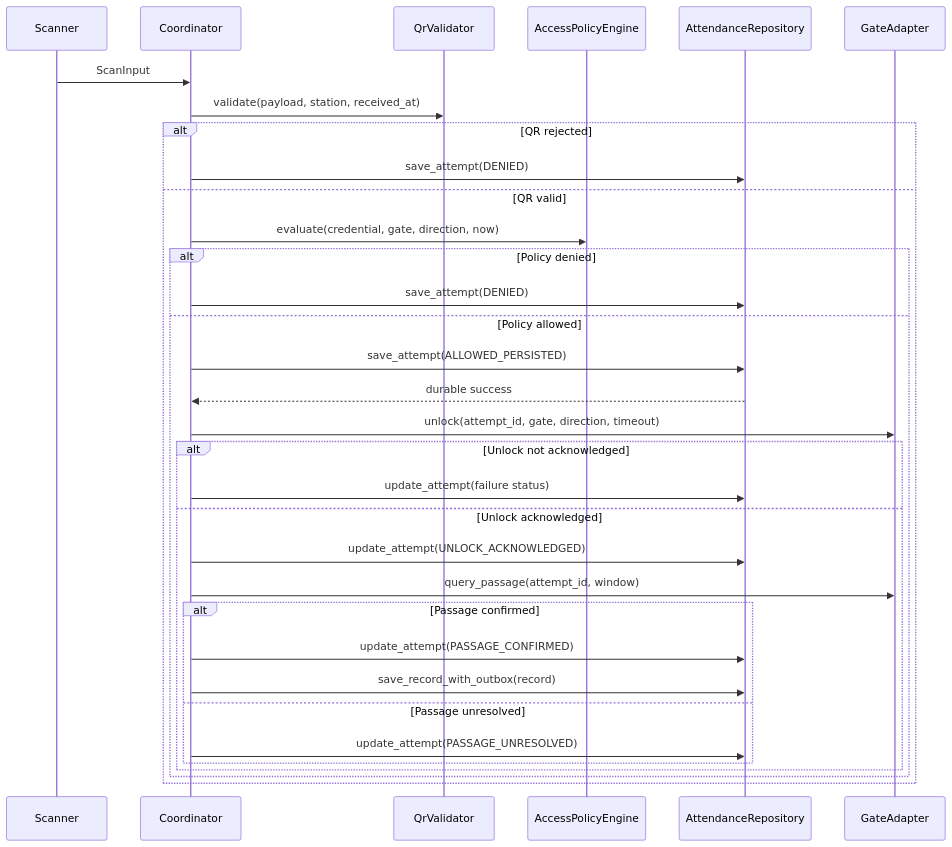
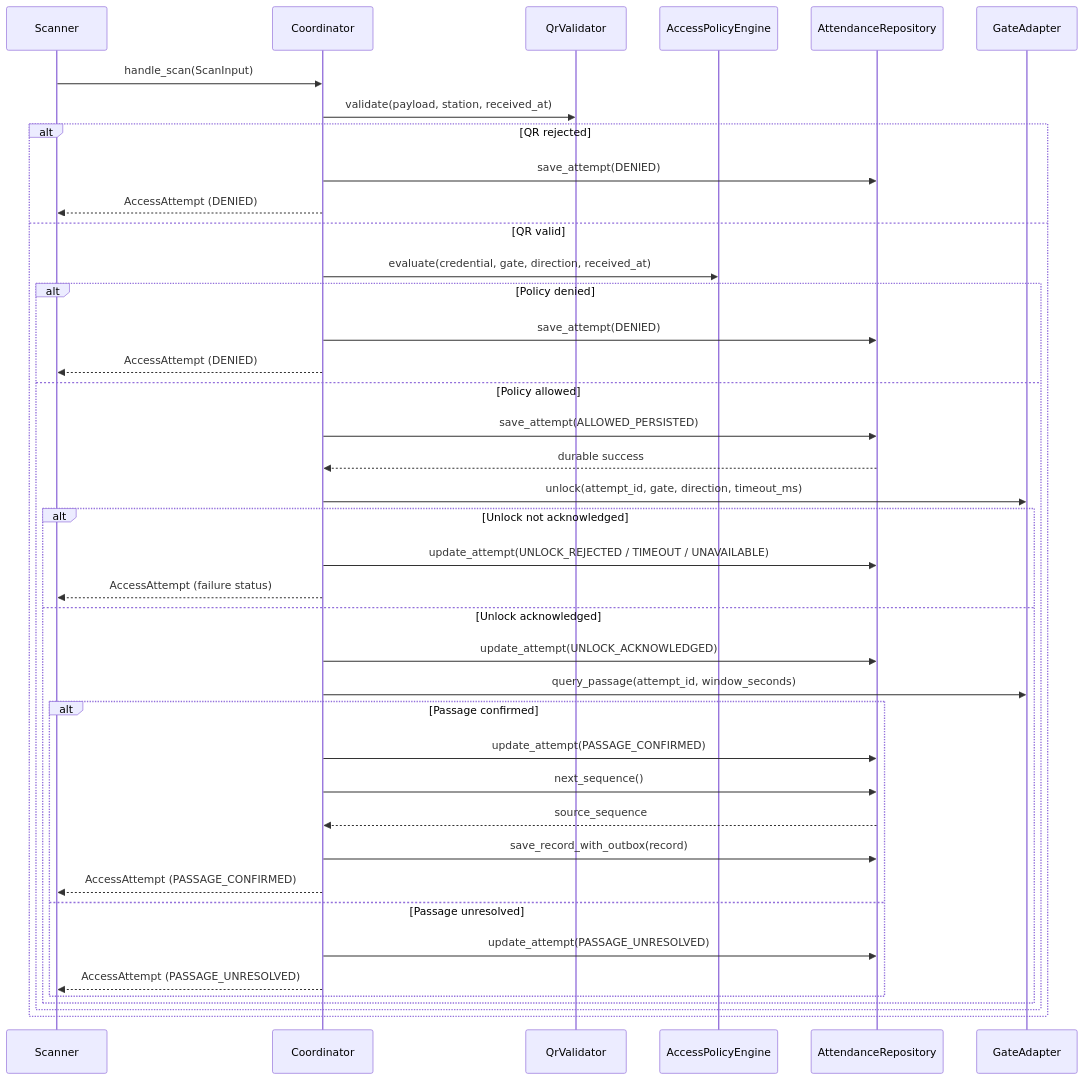
Before and after one commit to theDoub/SA-tmc-attendance-access-control: the second of 2 diagrams in docs/architecture/edge-access-core-design.md, drawn with Mermaid. The commit also changed other lines of this file and 6 other files, not shown here.

````diff
--- a/docs/architecture/edge-access-core-design.md
+++ b/docs/architecture/edge-access-core-design.md
@@ -72,36 +77,43 @@
 ```mermaid
 sequenceDiagram
     participant Scanner
     participant Coordinator
     participant QR as QrValidator
     participant Policy as AccessPolicyEngine
     participant Repo as AttendanceRepository
     participant Gate as GateAdapter
 
-    Scanner->>Coordinator: ScanInput
+    Scanner->>Coordinator: handle_scan(ScanInput)
     Coordinator->>QR: validate(payload, station, received_at)
     alt QR rejected
         Coordinator->>Repo: save_attempt(DENIED)
+        Coordinator-->>Scanner: AccessAttempt (DENIED)
     else QR valid
-        Coordinator->>Policy: evaluate(credential, gate, direction, now)
+        Coordinator->>Policy: evaluate(credential, gate, direction, received_at)
         alt Policy denied
             Coordinator->>Repo: save_attempt(DENIED)
+            Coordinator-->>Scanner: AccessAttempt (DENIED)
         else Policy allowed
             Coordinator->>Repo: save_attempt(ALLOWED_PERSISTED)
             Repo-->>Coordinator: durable success
-            Coordinator->>Gate: unlock(attempt_id, gate, direction, timeout)
+            Coordinator->>Gate: unlock(attempt_id, gate, direction, timeout_ms)
             alt Unlock not acknowledged
-                Coordinator->>Repo: update_attempt(failure status)
+                Coordinator->>Repo: update_attempt(UNLOCK_REJECTED / TIMEOUT / UNAVAILABLE)
+                Coordinator-->>Scanner: AccessAttempt (failure status)
             else Unlock acknowledged
                 Coordinator->>Repo: update_attempt(UNLOCK_ACKNOWLEDGED)
-                Coordinator->>Gate: query_passage(attempt_id, window)
+                Coordinator->>Gate: query_passage(attempt_id, window_seconds)
                 alt Passage confirmed
                     Coordinator->>Repo: update_attempt(PASSAGE_CONFIRMED)
+                    Coordinator->>Repo: next_sequence()
+                    Repo-->>Coordinator: source_sequence
                     Coordinator->>Repo: save_record_with_outbox(record)
+                    Coordinator-->>Scanner: AccessAttempt (PASSAGE_CONFIRMED)
                 else Passage unresolved
                     Coordinator->>Repo: update_attempt(PASSAGE_UNRESOLVED)
+                    Coordinator-->>Scanner: AccessAttempt (PASSAGE_UNRESOLVED)
                 end
             end
         end
     end
 ```
````
